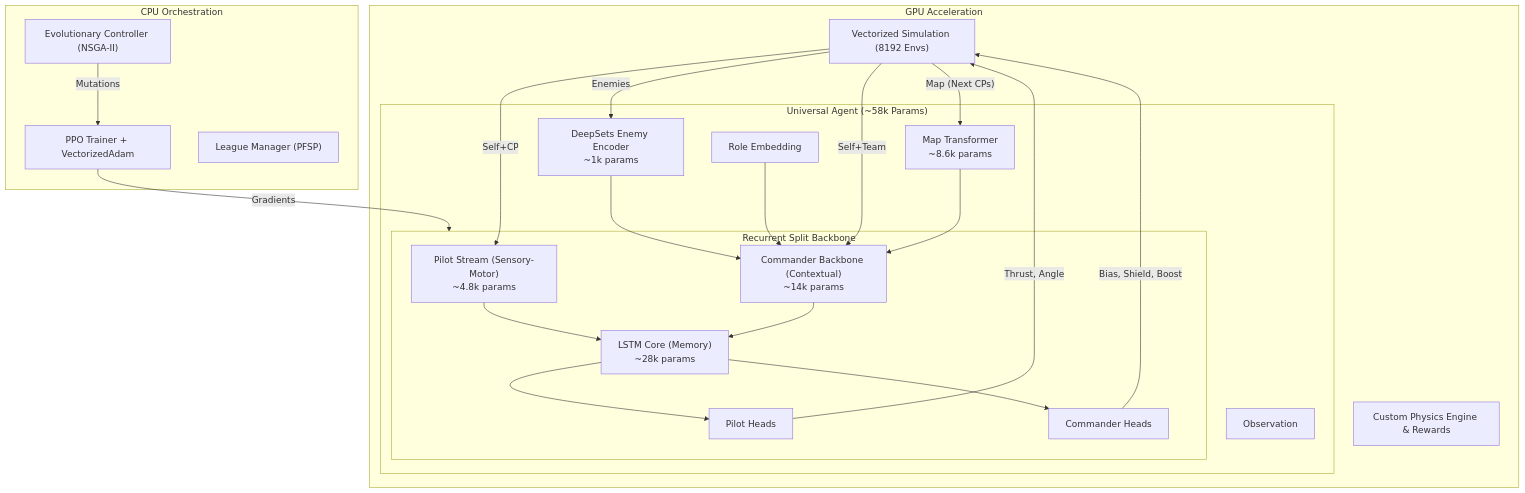
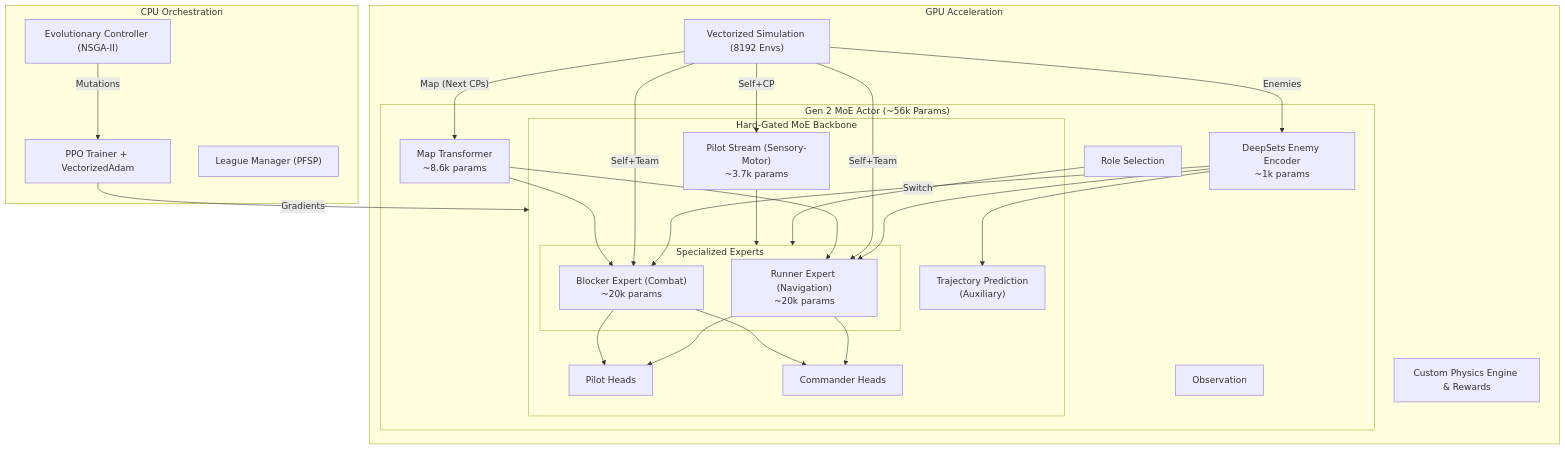
The diagram in docs/architecture.md (Vietnoirien/Sebulba-s-Legacy), drawn with Mermaid before and after one commit. The commit also changed other lines of this file and 14 other files, not shown here.

First line of the commit message:
feat: implement Gen 2 MoE architecture and trajectory prediction

````diff
--- a/docs/architecture.md
+++ b/docs/architecture.md
@@ -8,51 +8,59 @@
 ```mermaid
 graph TD
     subgraph GPU_ACC ["GPU Acceleration"]
         sim_vec["Vectorized Simulation (8192 Envs)"]
         physics_eng["Custom Physics Engine & Rewards"]
         
-        subgraph agent_model ["Universal Agent (~58k Params)"]
+        subgraph agent_model ["Gen 2 MoE Actor (~56k Params)"]
             obs_input["Observation"]
             
-            subgraph unified_brain ["Recurrent Split Backbone"]
-                pilot_feat["Pilot Stream (Sensory-Motor)<br/>~4.8k params"]
-                cmd_feat["Commander Backbone (Contextual)<br/>~14k params"]
+            subgraph moe_brain ["Hard-Gated MoE Backbone"]
+                pilot_feat["Pilot Stream (Sensory-Motor)<br/>~3.7k params"]
                 
-                lstm_core["LSTM Core (Memory)<br/>~28k params"]
+                subgraph experts ["Specialized Experts"]
+                    run_exp["Runner Expert (Navigation)<br/>~20k params"]
+                    blk_exp["Blocker Expert (Combat)<br/>~20k params"]
+                end
+                
+                pred_head["Trajectory Prediction<br/>(Auxiliary)"]
                 
                 pilot_heads["Pilot Heads"]
                 cmd_heads["Commander Heads"]
             end
             
             enemy_encoder["DeepSets Enemy Encoder<br/>~1k params"]
             map_encoder["Map Transformer<br/>~8.6k params"]
-            role_emb["Role Embedding"]
+            role_emb["Role Selection"]
         end
     end
     
     subgraph CPU_ORCH ["CPU Orchestration"]
         ppo_trainer["PPO Trainer + VectorizedAdam"]
         ga_ctrl["Evolutionary Controller (NSGA-II)"]
         league_mgr["League Manager (PFSP)"]
     end
     
     sim_vec -- "Self+CP" --> pilot_feat
     sim_vec -- "Enemies" --> enemy_encoder 
-    enemy_encoder --> cmd_feat
-    sim_vec -- "Self+Team" --> cmd_feat
+    enemy_encoder --> run_exp
+    enemy_encoder --> blk_exp
+    enemy_encoder --> pred_head
+    
+    sim_vec -- "Self+Team" --> run_exp
+    sim_vec -- "Self+Team" --> blk_exp
+    
     sim_vec -- "Map (Next CPs)" --> map_encoder
-    map_encoder --> cmd_feat
-    role_emb --> cmd_feat
+    map_encoder --> run_exp
+    map_encoder --> blk_exp
     
-    pilot_feat --> lstm_core
-    cmd_feat --> lstm_core
+    role_emb -- "Switch" --> experts
     
-    lstm_core --> pilot_heads
-    lstm_core --> cmd_heads
+    pilot_feat --> experts
+    run_exp --> pilot_heads
+    run_exp --> cmd_heads
+    blk_exp --> pilot_heads
+    blk_exp --> cmd_heads
     
-    pilot_heads -- "Thrust, Angle" --> sim_vec
-    cmd_heads -- "Bias, Shield, Boost" --> sim_vec
-    
-    ppo_trainer -- "Gradients" --> unified_brain
+    ppo_trainer -- "Gradients" --> moe_brain
     ga_ctrl -- "Mutations" --> ppo_trainer
 ```
````
